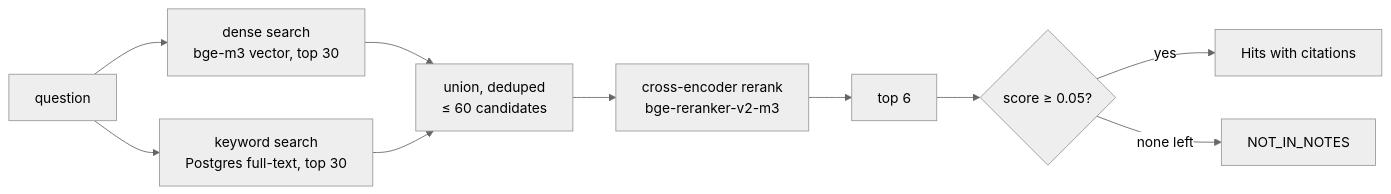
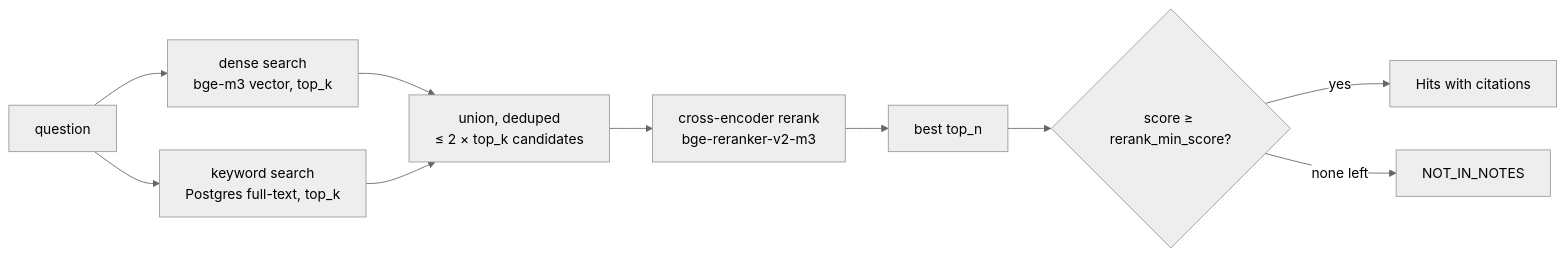
The second of 3 diagrams in docs/how-it-works.md (PerKristianBroberg/studyforge), drawn with Mermaid (neutral theme) before and after one commit. The commit also changed other lines of this file and 2 other files, not shown here.

First line of the commit message:
docs: keep tunable values out of the docs and diagram; describe per-file deadline scan

````diff
--- a/docs/how-it-works.md
+++ b/docs/how-it-works.md
@@ -193,11 +197,11 @@
 ```mermaid
 flowchart LR
-    Q[question] --> D["dense search<br/>bge-m3 vector, top 30"]
-    Q --> K["keyword search<br/>Postgres full-text, top 30"]
-    D & K --> U["union, deduped<br/>≤ 60 candidates"]
+    Q[question] --> D["dense search<br/>bge-m3 vector, top_k"]
+    Q --> K["keyword search<br/>Postgres full-text, top_k"]
+    D & K --> U["union, deduped<br/>≤ 2 × top_k candidates"]
     U --> RR["cross-encoder rerank<br/>bge-reranker-v2-m3"]
-    RR --> T["top 6"]
-    T --> F{"score ≥ 0.05?"}
+    RR --> T["best top_n"]
+    T --> F{"score ≥ rerank_min_score?"}
     F -- yes --> H["Hits with citations"]
     F -- none left --> N["NOT_IN_NOTES"]
 ```
````
